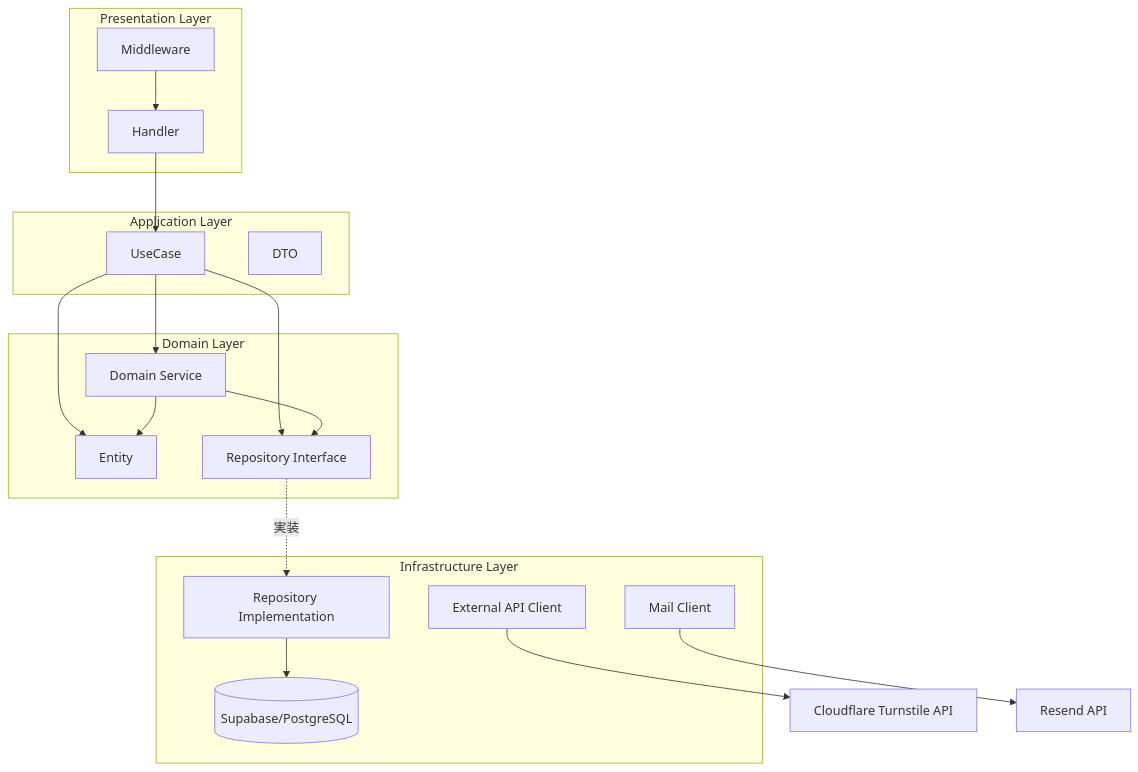
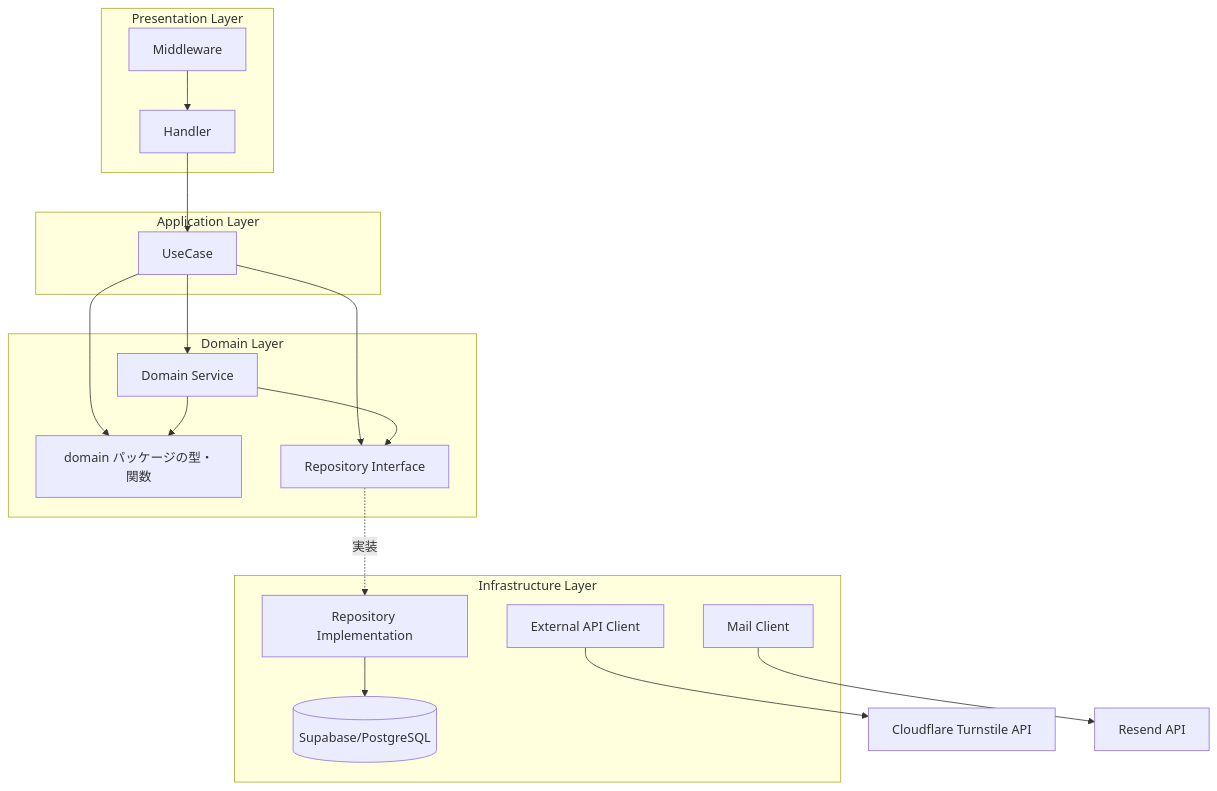
One commit to cergijame101007/satehits changed the first of 3 diagrams in docs/architecture.md. Above: the diagram before and after it, drawn with Mermaid. The commit also changed other lines of this file and 5 other files, not shown here.

````diff
--- a/docs/architecture.md
+++ b/docs/architecture.md
@@ -160,37 +162,36 @@
 ```mermaid
 graph TB
     subgraph Presentation Layer
         Handler[Handler]
         Middleware[Middleware]
     end
 
     subgraph Application Layer
         UseCase[UseCase]
-        DTO[DTO]
     end
 
     subgraph Domain Layer
-        Entity[Entity]
+        DomainPkg[domain パッケージの型・関数]
         DomainService[Domain Service]
         RepoInterface[Repository Interface]
     end
 
     subgraph Infrastructure Layer
         RepoImpl[Repository Implementation]
         ExternalAPI[External API Client]
         MailClient[Mail Client]
         DB[(Supabase/PostgreSQL)]
     end
 
     Handler --> UseCase
     Middleware --> Handler
     UseCase --> DomainService
     UseCase --> RepoInterface
-    UseCase --> Entity
-    DomainService --> Entity
+    UseCase --> DomainPkg
+    DomainService --> DomainPkg
     DomainService --> RepoInterface
     RepoInterface -.->|実装| RepoImpl
     RepoImpl --> DB
     ExternalAPI --> Turnstile[Cloudflare Turnstile API]
     MailClient --> ResendAPI[Resend API]
 ```
````
